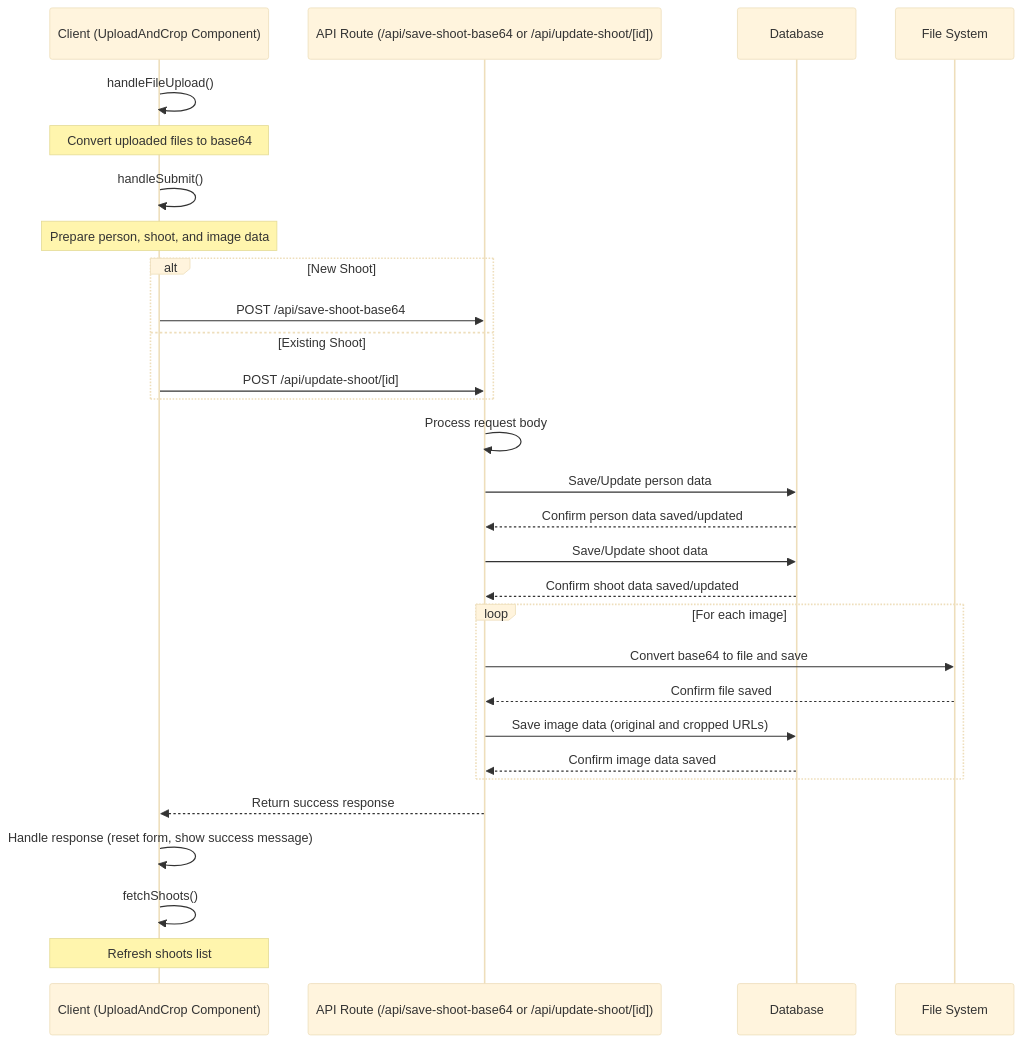
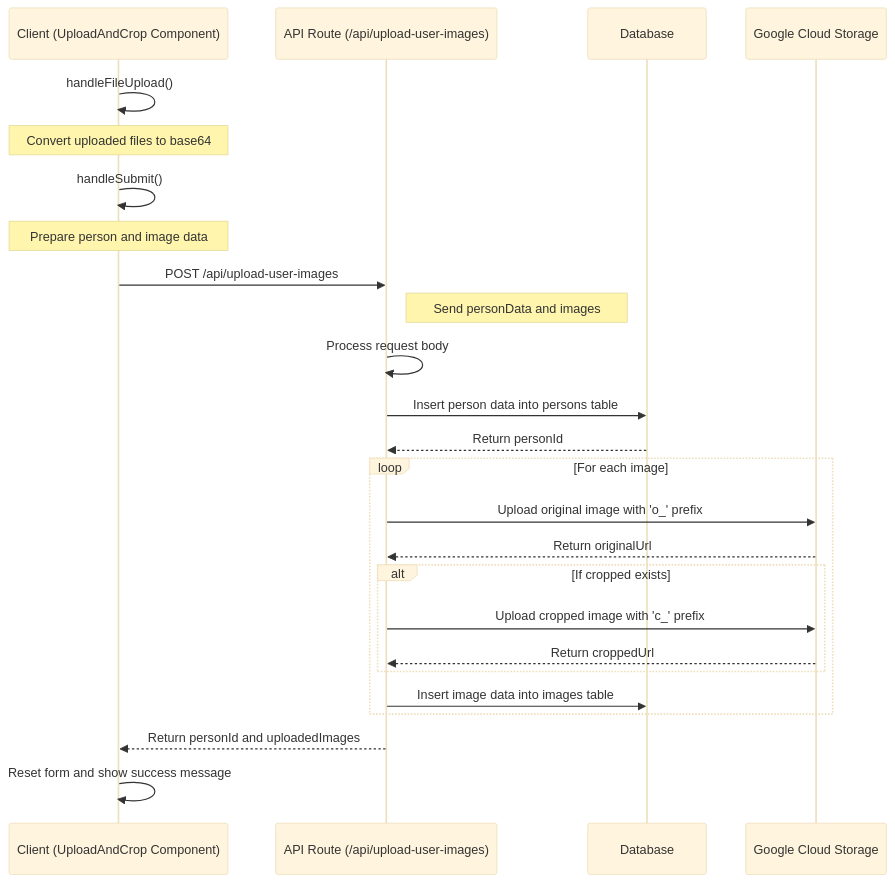
One commit to misterfancysocks/img-model-training-experiment changed the diagram in _specs/upload-and-crop/img-upload-diagram.md. Above: the diagram before and after it, drawn with Mermaid (base theme). The commit also changed 28 other files, not shown here.

````diff
--- a/_specs/upload-and-crop/img-upload-diagram.md
+++ b/_specs/upload-and-crop/img-upload-diagram.md
@@ -1,40 +1,35 @@
 ```mermaid
 sequenceDiagram
     participant Client as Client (UploadAndCrop Component)
-    participant API as API Route (/api/save-shoot-base64 or /api/update-shoot/[id])
+    participant API as API Route (/api/upload-user-images)
     participant DB as Database
-    participant FS as File System
+    participant GCP as Google Cloud Storage
 
     Client->>Client: handleFileUpload()
     Note over Client: Convert uploaded files to base64
 
     Client->>Client: handleSubmit()
-    Note over Client: Prepare person, shoot, and image data
+    Note over Client: Prepare person and image data
 
-    alt New Shoot
-        Client->>API: POST /api/save-shoot-base64
-    else Existing Shoot
-        Client->>API: POST /api/update-shoot/[id]
-    end
+    Client->>API: POST /api/upload-user-images
+    Note right of API: Send personData and images
 
     API->>API: Process request body
     
-    API->>DB: Save/Update person data
-    DB-->>API: Confirm person data saved/updated
-
-    API->>DB: Save/Update shoot data
-    DB-->>API: Confirm shoot data saved/updated
+    API->>DB: Insert person data into persons table
+    DB-->>API: Return personId
 
     loop For each image
-        API->>FS: Convert base64 to file and save
-        FS-->>API: Confirm file saved
-        API->>DB: Save image data (original and cropped URLs)
-        DB-->>API: Confirm image data saved
+        API->>GCP: Upload original image with 'o_' prefix
+        GCP-->>API: Return originalUrl
+        alt If cropped exists
+            API->>GCP: Upload cropped image with 'c_' prefix
+            GCP-->>API: Return croppedUrl
+        end
+        API->>DB: Insert image data into images table
     end
 
-    API-->>Client: Return success response
+    API-->>Client: Return personId and uploadedImages
 
-    Client->>Client: Handle response (reset form, show success message)
-    Client->>Client: fetchShoots()
-    Note over Client: Refresh shoots list
+    Client->>Client: Reset form and show success message
 ```
````
